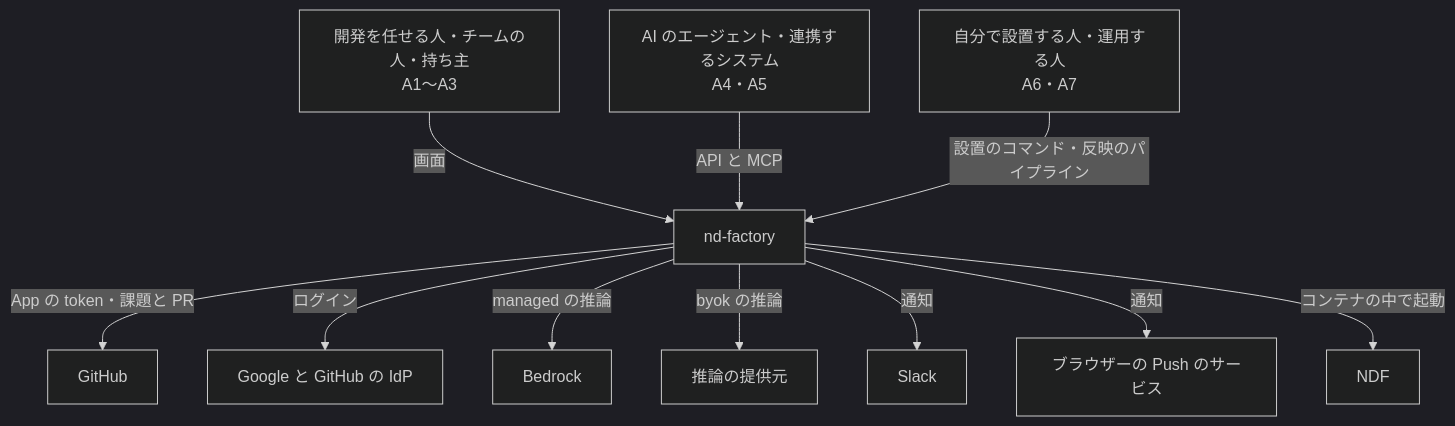
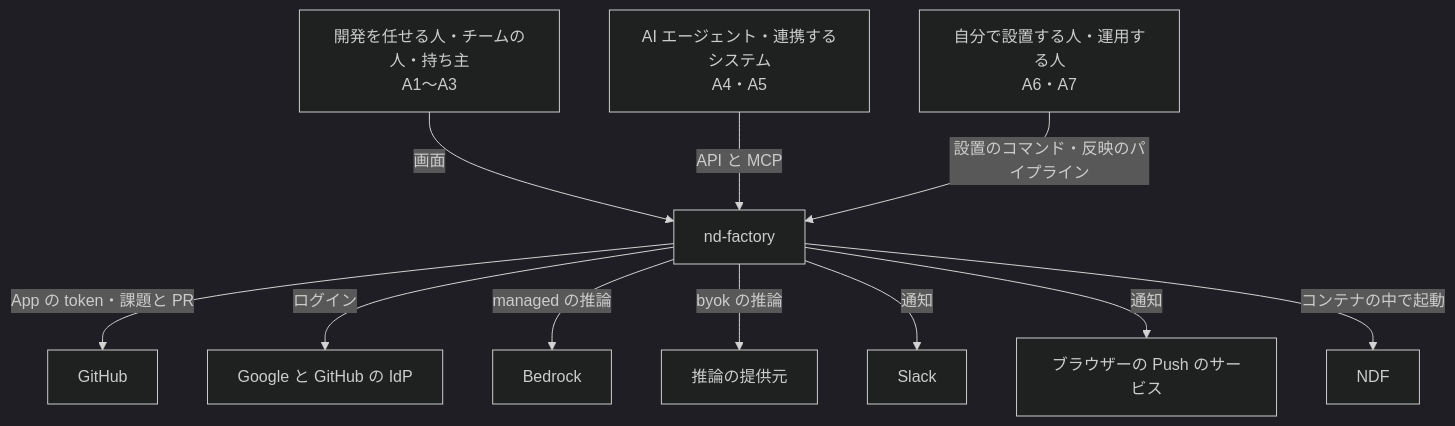
Before and after one commit to devbasex/nd-factory: the first of 3 diagrams in docs/design/platform.md, drawn with Mermaid (dark theme). The commit also changed 4 other files, not shown here.

````diff
--- a/docs/design/platform.md
+++ b/docs/design/platform.md
@@ -59,13 +59,13 @@
 ```mermaid
 graph TD
     P[開発を任せる人・チームの人・持ち主<br/>A1〜A3] -->|画面| F[nd-factory]
-    AG[AI のエージェント・連携するシステム<br/>A4・A5] -->|API と MCP| F
+    AG[AI エージェント・連携するシステム<br/>A4・A5] -->|API と MCP| F
     OP[自分で設置する人・運用する人<br/>A6・A7] -->|設置のコマンド・反映のパイプライン| F
     F -->|App の token・課題と PR| GH[GitHub]
     F -->|ログイン| IDP[Google と GitHub の IdP]
     F -->|managed の推論| BR[Bedrock]
     F -->|byok の推論| LLM[推論の提供元]
     F -->|通知| SL[Slack]
     F -->|通知| WP[ブラウザーの Push のサービス]
     F -->|コンテナの中で起動| NDF[NDF]
 ```
````
